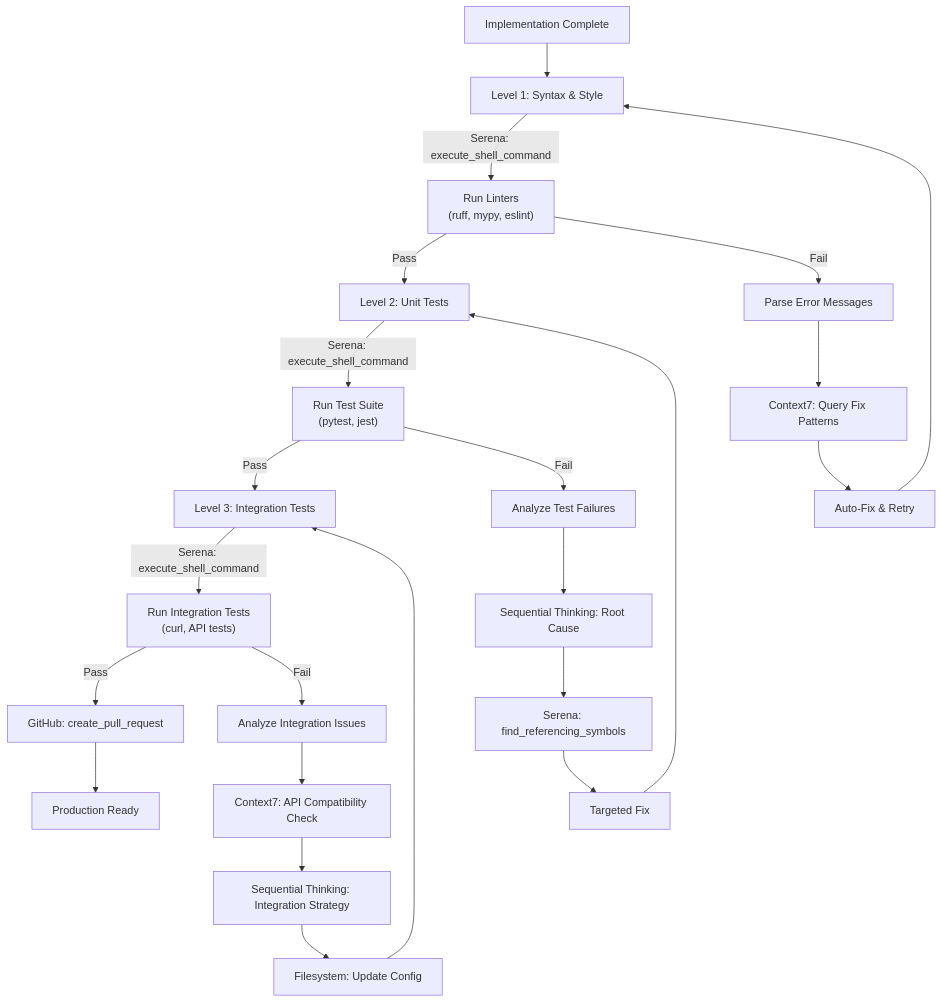
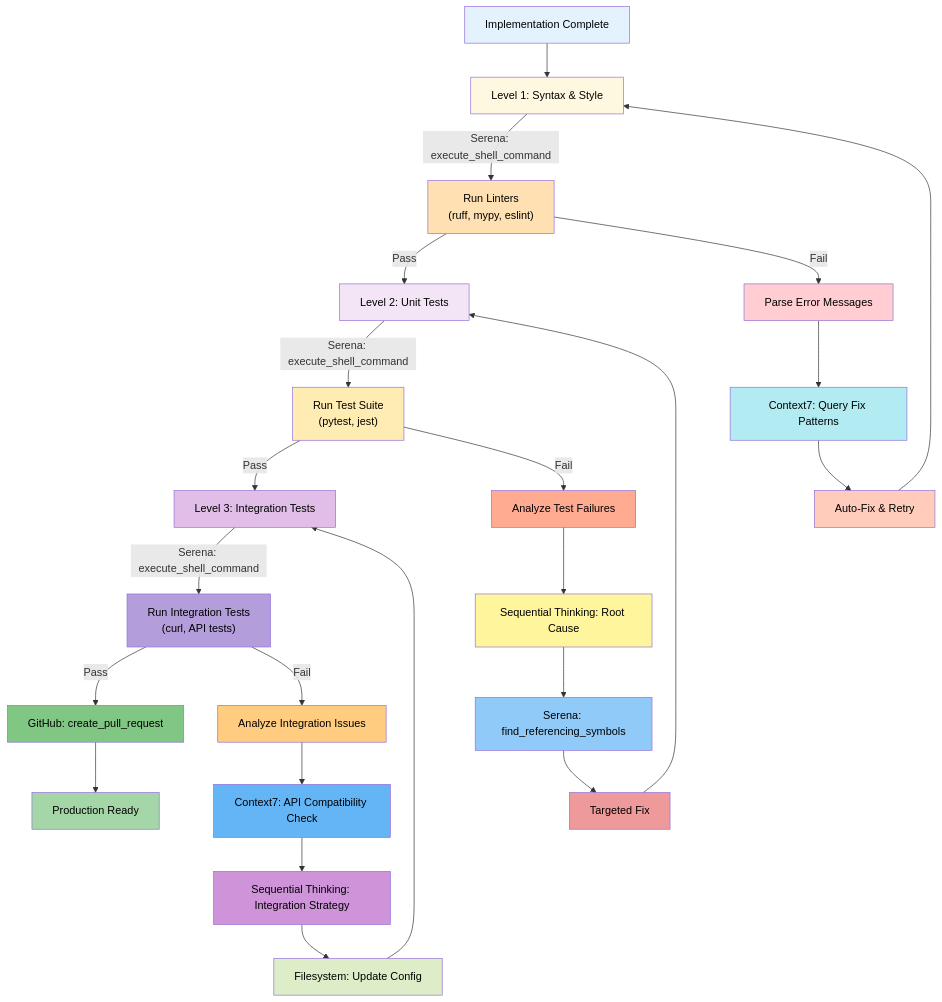
Before and after one commit to bprzybys-nc/ctx-eng-plus: the fourth of 5 diagrams in docs/03-mcp-orchestration.md, drawn with Mermaid. The commit also changed other lines of this file and 8 other files, not shown here.

````diff
--- a/docs/03-mcp-orchestration.md
+++ b/docs/03-mcp-orchestration.md
@@ -339,29 +363,50 @@
 ```mermaid
 graph TD
     A["Implementation Complete"] --> B["Level 1: Syntax & Style"]
 
     B -->|"Serena: execute_shell_command"| C["Run Linters<br/>(ruff, mypy, eslint)"]
     C -->|Pass| D["Level 2: Unit Tests"]
     C -->|Fail| E["Parse Error Messages"]
     E --> F["Context7: Query Fix Patterns"]
     F --> G["Auto-Fix & Retry"]
     G --> B
 
     D -->|"Serena: execute_shell_command"| H["Run Test Suite<br/>(pytest, jest)"]
     H -->|Pass| I["Level 3: Integration Tests"]
     H -->|Fail| J["Analyze Test Failures"]
     J --> K["Sequential Thinking: Root Cause"]
     K --> L["Serena: find_referencing_symbols"]
     L --> M["Targeted Fix"]
     M --> D
 
     I -->|"Serena: execute_shell_command"| N["Run Integration Tests<br/>(curl, API tests)"]
     N -->|Pass| O["GitHub: create_pull_request"]
     N -->|Fail| P["Analyze Integration Issues"]
     P --> Q["Context7: API Compatibility Check"]
     Q --> R["Sequential Thinking: Integration Strategy"]
     R --> S["Filesystem: Update Config"]
     S --> I
 
     O --> T["Production Ready"]
+
+    style A fill:#e3f2fd,color:#000
+    style B fill:#fff8e1,color:#000
+    style C fill:#ffe0b2,color:#000
+    style D fill:#f3e5f5,color:#000
+    style E fill:#ffcdd2,color:#000
+    style F fill:#b2ebf2,color:#000
+    style G fill:#ffccbc,color:#000
+    style H fill:#ffecb3,color:#000
+    style I fill:#e1bee7,color:#000
+    style J fill:#ffab91,color:#000
+    style K fill:#fff59d,color:#000
+    style L fill:#90caf9,color:#000
+    style M fill:#ef9a9a,color:#000
+    style N fill:#b39ddb,color:#000
+    style O fill:#81c784,color:#000
+    style P fill:#ffcc80,color:#000
+    style Q fill:#64b5f6,color:#000
+    style R fill:#ce93d8,color:#000
+    style S fill:#dcedc8,color:#000
+    style T fill:#a5d6a7,color:#000
 ```
````
